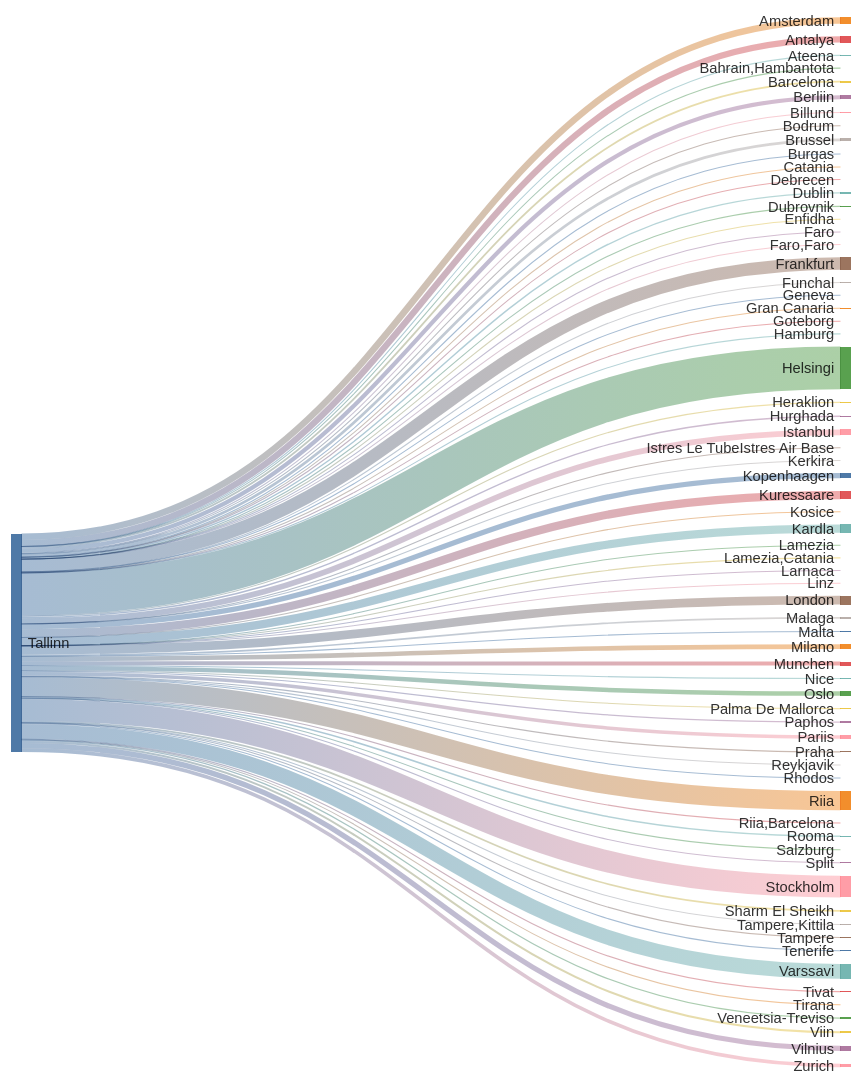
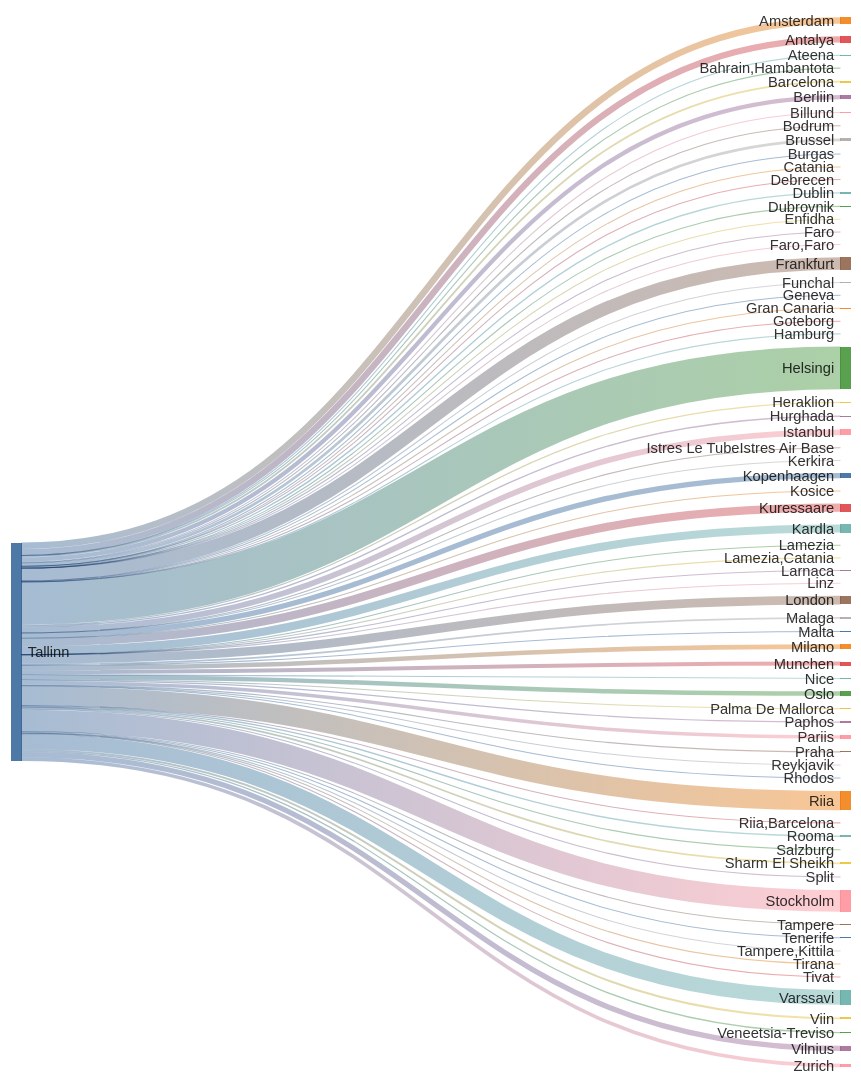
One commit to rainermesi/tll-airport-departures changed the second of 2 diagrams in README.md. Above: the diagram before and after it, drawn with Mermaid. The commit also changed other lines of this file and 1 other file, not shown here.

````diff
--- a/README.md
+++ b/README.md
@@ -34,80 +34,80 @@
 ```mermaid
 ---
 config:
   sankey:
     showValues: false
     width: 800
     height: 1000
 ---
 sankey-beta
 %% source,target,value
-Tallinn,Amsterdam,355
-Tallinn,Antalya,345
+Tallinn,Amsterdam,357
+Tallinn,Antalya,346
 Tallinn,Ateena,16
 Tallinn,"Bahrain,Hambantota",1
 Tallinn,Barcelona,99
-Tallinn,Berliin,232
+Tallinn,Berliin,234
 Tallinn,Billund,58
 Tallinn,Bodrum,11
-Tallinn,Brussel,150
+Tallinn,Brussel,151
 Tallinn,Burgas,32
 Tallinn,Catania,2
 Tallinn,Debrecen,1
-Tallinn,Dublin,76
+Tallinn,Dublin,77
 Tallinn,Dubrovnik,21
 Tallinn,Enfidha,7
 Tallinn,Faro,4
 Tallinn,"Faro,Faro",1
-Tallinn,Frankfurt,695
+Tallinn,Frankfurt,698
 Tallinn,Funchal,5
 Tallinn,Geneva,13
 Tallinn,Gran Canaria,38
 Tallinn,Goteborg,1
 Tallinn,Hamburg,2
-Tallinn,Helsingi,2343
-Tallinn,Heraklion,63
+Tallinn,Helsingi,2352
+Tallinn,Heraklion,64
 Tallinn,Hurghada,75
-Tallinn,Istanbul,312
+Tallinn,Istanbul,313
 Tallinn,Istres Le TubeIstres Air Base,2
 Tallinn,Kerkira,4
-Tallinn,Kopenhaagen,289
+Tallinn,Kopenhaagen,292
 Tallinn,Kosice,1
-Tallinn,Kuressaare,452
-Tallinn,Kardla,452
+Tallinn,Kuressaare,453
+Tallinn,Kardla,453
 Tallinn,Lamezia,1
 Tallinn,"Lamezia,Catania",3
 Tallinn,Larnaca,4
 Tallinn,Linz,2
-Tallinn,London,477
+Tallinn,London,479
 Tallinn,Malaga,92
 Tallinn,Malta,20
-Tallinn,Milano,253
-Tallinn,Munchen,220
-Tallinn,Nice,33
-Tallinn,Oslo,244
+Tallinn,Milano,254
+Tallinn,Munchen,221
+Tallinn,Nice,34
+Tallinn,Oslo,246
 Tallinn,Palma De Mallorca,24
 Tallinn,Paphos,66
-Tallinn,Pariis,193
-Tallinn,Praha,61
+Tallinn,Pariis,194
+Tallinn,Praha,62
 Tallinn,Reykjavik,2
 Tallinn,Rhodos,41
-Tallinn,Riia,1056
+Tallinn,Riia,1060
 Tallinn,"Riia,Barcelona",1
 Tallinn,Rooma,80
 Tallinn,Salzburg,14
 Tallinn,Sharm El Sheikh,95
-Tallinn,Split,34
-Tallinn,Stockholm,1195
+Tallinn,Split,35
+Tallinn,Stockholm,1201
 Tallinn,Tampere,17
 Tallinn,"Tampere,Kittila",21
 Tallinn,Tenerife,58
 Tallinn,Tirana,14
-Tallinn,Tivat,38
-Tallinn,Varssavi,811
+Tallinn,Tivat,39
+Tallinn,Varssavi,815
 Tallinn,Veneetsia-Treviso,67
 Tallinn,Viin,106
-Tallinn,Vilnius,290
-Tallinn,Zurich,199
+Tallinn,Vilnius,291
+Tallinn,Zurich,200
 
 
 ```
````
